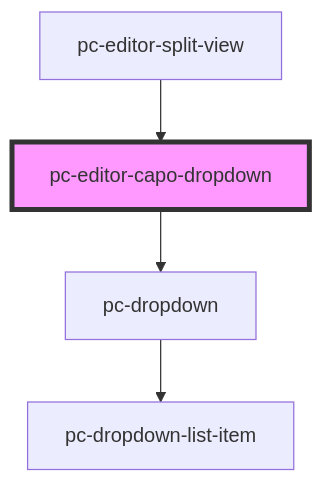
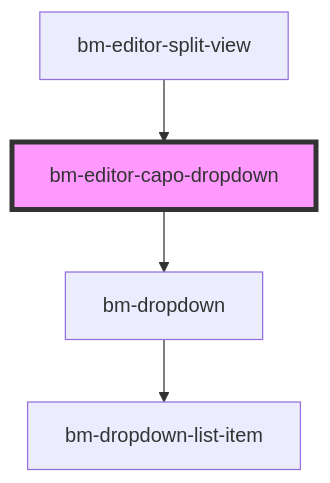
One commit to bettermusic/studio changed the diagram in packages/studio/src/components/editor-capo-dropdown/readme.md. Above: the diagram before and after it, drawn with Mermaid. The commit also changed other lines of this file and 38 other files, not shown here.

````diff
--- a/packages/studio/src/components/editor-capo-dropdown/readme.md
+++ b/packages/studio/src/components/editor-capo-dropdown/readme.md
@@ -19,7 +19,7 @@
 ```mermaid
 graph TD;
-  pc-editor-capo-dropdown --> pc-dropdown
-  pc-dropdown --> pc-dropdown-list-item
-  pc-editor-split-view --> pc-editor-capo-dropdown
-  style pc-editor-capo-dropdown fill:#f9f,stroke:#333,stroke-width:4px
+  bm-editor-capo-dropdown --> bm-dropdown
+  bm-dropdown --> bm-dropdown-list-item
+  bm-editor-split-view --> bm-editor-capo-dropdown
+  style bm-editor-capo-dropdown fill:#f9f,stroke:#333,stroke-width:4px
 ```
````
